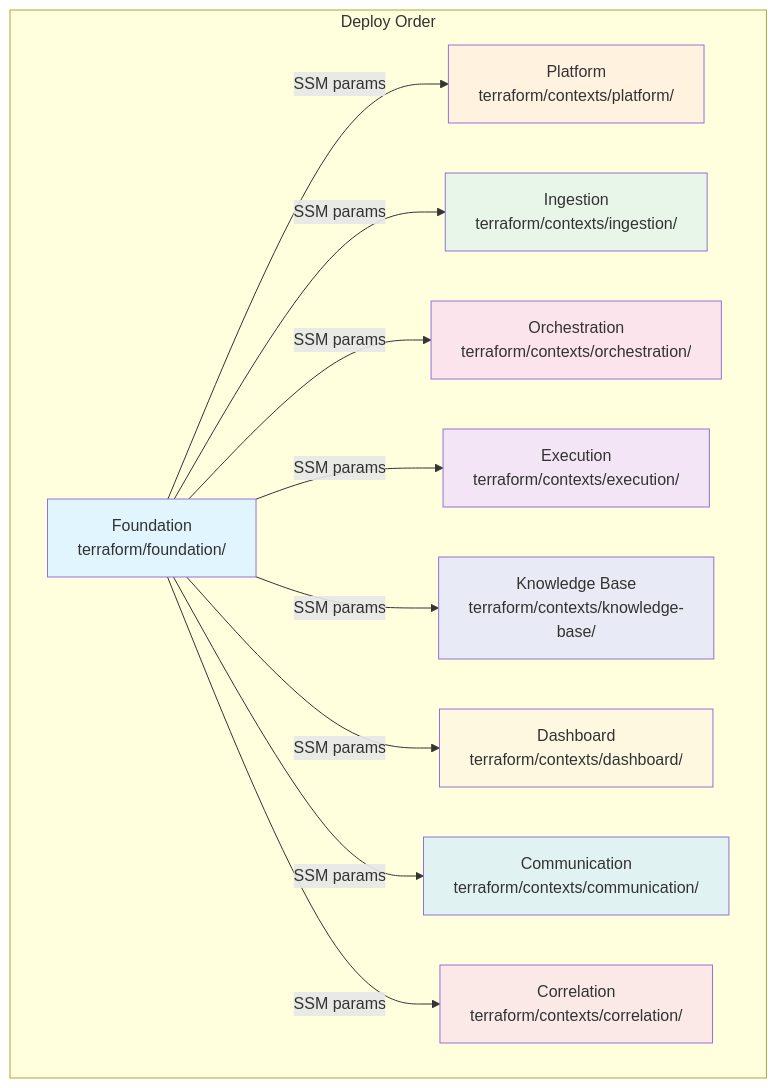
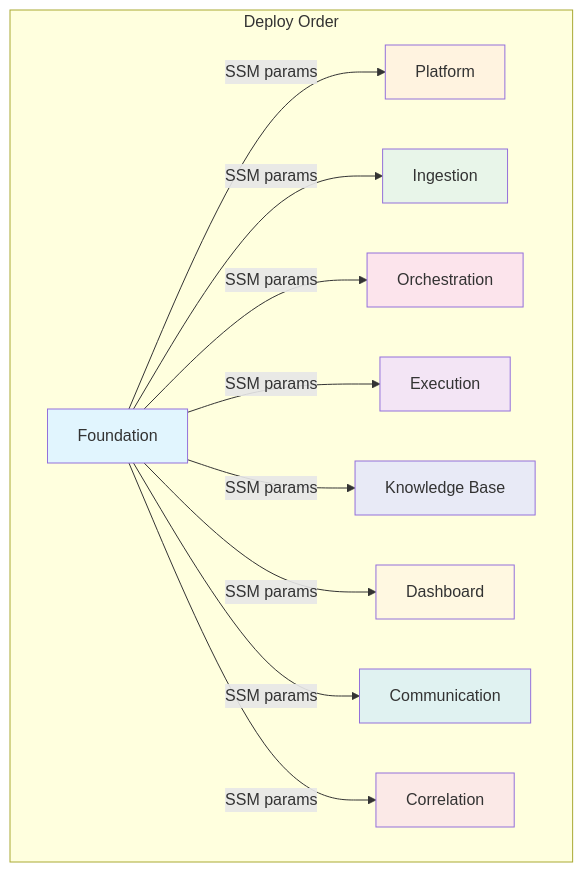
The fourth of 7 diagrams in docs/architecture/system-map.md (mrogers1-dot/ODOT-AWS-ForgeAdmin), drawn with Mermaid before and after one commit. The commit also changed other lines of this file, not shown here.

Commit message:
docs: add updated documentation for diagrams

````diff
--- a/docs/architecture/system-map.md
+++ b/docs/architecture/system-map.md
@@ -335,33 +326,33 @@
 ```mermaid
 graph TD
     subgraph Deploy["Deploy Order"]
-        F[Foundation<br/>terraform/foundation/]
-        P[Platform<br/>terraform/contexts/platform/]
-        I[Ingestion<br/>terraform/contexts/ingestion/]
-        O[Orchestration<br/>terraform/contexts/orchestration/]
-        E[Execution<br/>terraform/contexts/execution/]
-        K[Knowledge Base<br/>terraform/contexts/knowledge-base/]
-        D[Dashboard<br/>terraform/contexts/dashboard/]
-        C[Communication<br/>terraform/contexts/communication/]
-        CR[Correlation<br/>terraform/contexts/correlation/]
+        F["Foundation"]
+        P["Platform"]
+        I["Ingestion"]
+        O["Orchestration"]
+        E["Execution"]
+        K["Knowledge Base"]
+        D["Dashboard"]
+        C["Communication"]
+        CR["Correlation"]
     end
 
-    F -->|SSM params| P
-    F -->|SSM params| I
-    F -->|SSM params| O
-    F -->|SSM params| E
-    F -->|SSM params| K
-    F -->|SSM params| D
-    F -->|SSM params| C
-    F -->|SSM params| CR
+    F -->|"SSM params"| P
+    F -->|"SSM params"| I
+    F -->|"SSM params"| O
+    F -->|"SSM params"| E
+    F -->|"SSM params"| K
+    F -->|"SSM params"| D
+    F -->|"SSM params"| C
+    F -->|"SSM params"| CR
 
     style F fill:#e1f5fe
     style P fill:#fff3e0
     style I fill:#e8f5e9
     style O fill:#fce4ec
     style E fill:#f3e5f5
     style K fill:#e8eaf6
     style D fill:#fff8e1
     style C fill:#e0f2f1
     style CR fill:#fbe9e7
 ```
````
